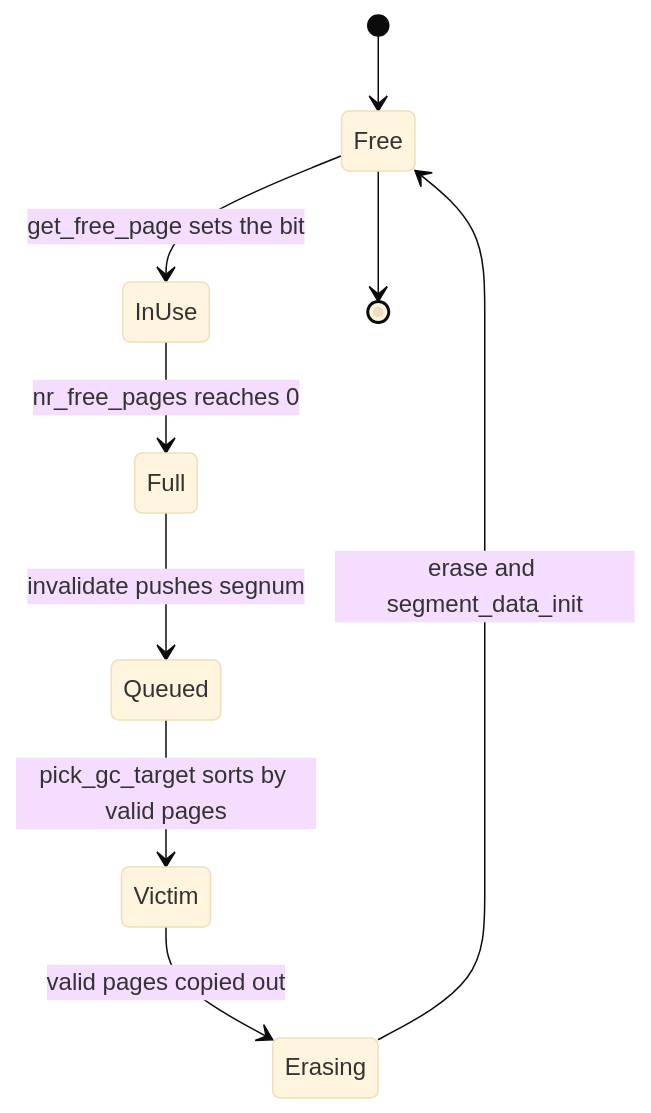
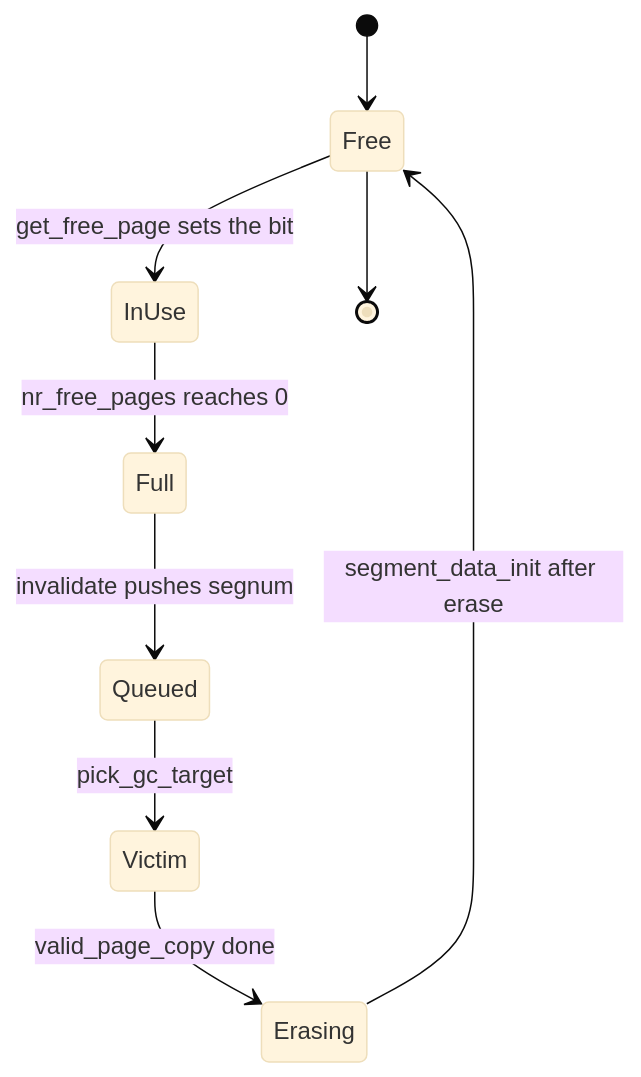
Before and after one commit to BlaCkinkGJ/Flash-Translation-Layer: the fourth of 4 diagrams in docs/architecture.md, drawn with Mermaid (base theme). The commit also changed other lines of this file, not shown here.

First line of the commit message:
docs(architecture): tighten the map size and overwrite citations

````diff
--- a/docs/architecture.md
+++ b/docs/architecture.md
@@ -224,11 +226,11 @@
 ```mermaid
 stateDiagram-v2
     [*] --> Free
     Free --> InUse: get_free_page sets the bit
     InUse --> Full: nr_free_pages reaches 0
     Full --> Queued: invalidate pushes segnum
-    Queued --> Victim: pick_gc_target sorts by valid pages
-    Victim --> Erasing: valid pages copied out
-    Erasing --> Free: erase and segment_data_init
+    Queued --> Victim: pick_gc_target
+    Victim --> Erasing: valid_page_copy done
+    Erasing --> Free: segment_data_init after erase
     Free --> [*]
 ```
````
